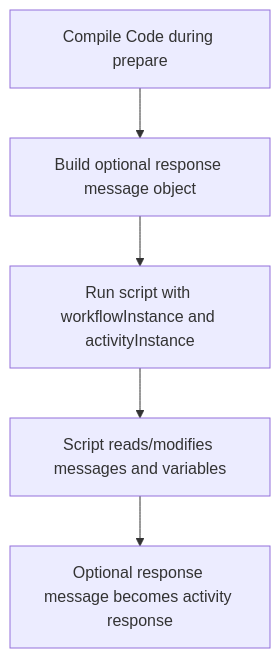
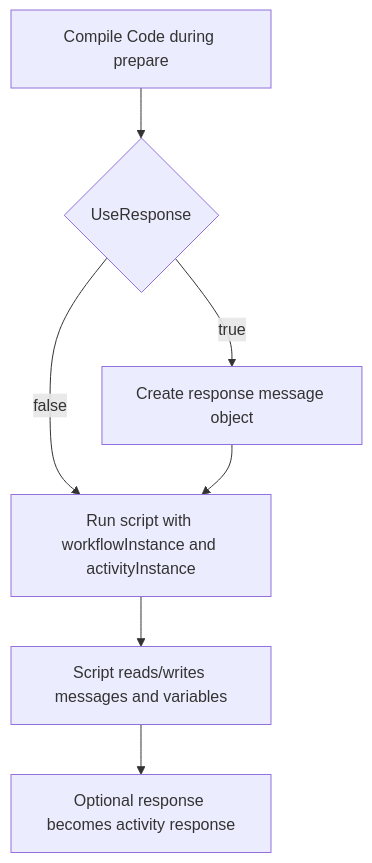
The diagram in docs/workflow/sender-activities/code-sender.md (IntegrationSoup/Documentation), drawn with Mermaid before and after one commit. The commit also changed other lines of this file and 6 other files, not shown here.

````diff
--- a/docs/workflow/sender-activities/code-sender.md
+++ b/docs/workflow/sender-activities/code-sender.md
@@ -11,7 +11,9 @@
 ```mermaid
 flowchart TD
-    A[Compile Code during prepare] --> B[Build optional response message object]
-    B --> C[Run script with workflowInstance and activityInstance]
-    C --> D[Script reads/modifies messages and variables]
-    D --> E[Optional response message becomes activity response]
+    A[Compile Code during prepare] --> B{UseResponse}
+    B -- false --> C[Run script with workflowInstance and activityInstance]
+    B -- true --> D[Create response message object]
+    D --> C
+    C --> E[Script reads/writes messages and variables]
+    E --> F[Optional response becomes activity response]
 ```
````
